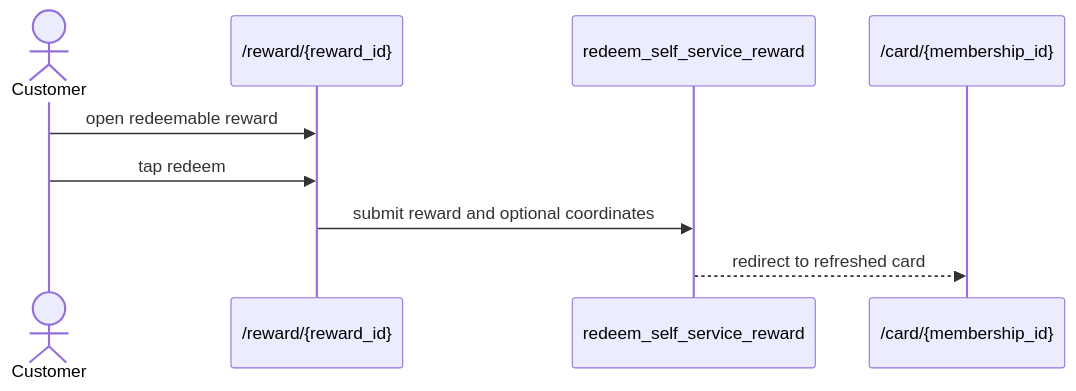
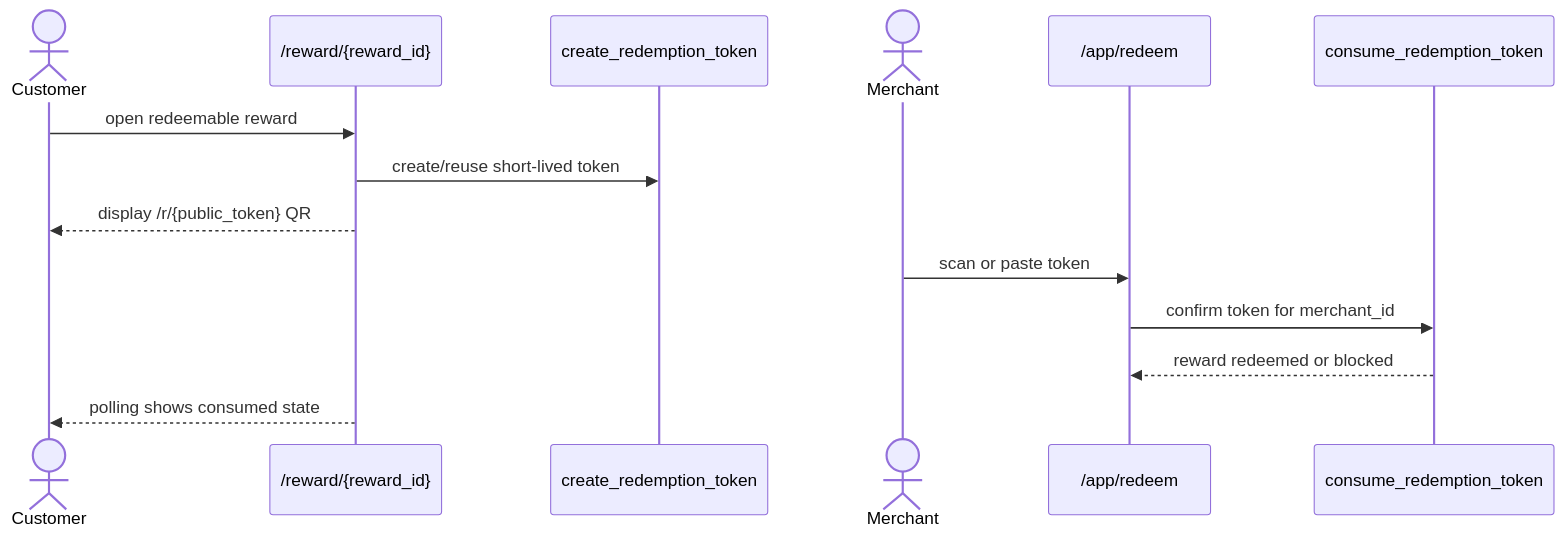
Before and after one commit to lapeninns/nabaperks: the fifth of 5 diagrams in docs/ARCHITECTURE.md, drawn with Mermaid. The commit also changed other lines of this file and 43 other files, not shown here.

Commit message:
Refine customer reward and QR flow UX

````diff
--- a/docs/ARCHITECTURE.md
+++ b/docs/ARCHITECTURE.md
@@ -156,11 +161,16 @@
 ```mermaid
 sequenceDiagram
   actor Customer
   participant Reward as /reward/{reward_id}
-  participant RPC as redeem_self_service_reward
-  participant Card as /card/{membership_id}
+  participant Token as create_redemption_token
+  actor Merchant
+  participant Redeem as /app/redeem
+  participant RPC as consume_redemption_token
   Customer->>Reward: open redeemable reward
-  Customer->>Reward: tap redeem
-  Reward->>RPC: submit reward and optional coordinates
-  RPC-->>Card: redirect to refreshed card
+  Reward->>Token: create/reuse short-lived token
+  Reward-->>Customer: display /r/{public_token} QR
+  Merchant->>Redeem: scan or paste token
+  Redeem->>RPC: confirm token for merchant_id
+  RPC-->>Redeem: reward redeemed or blocked
+  Reward-->>Customer: polling shows consumed state
 ```
````
